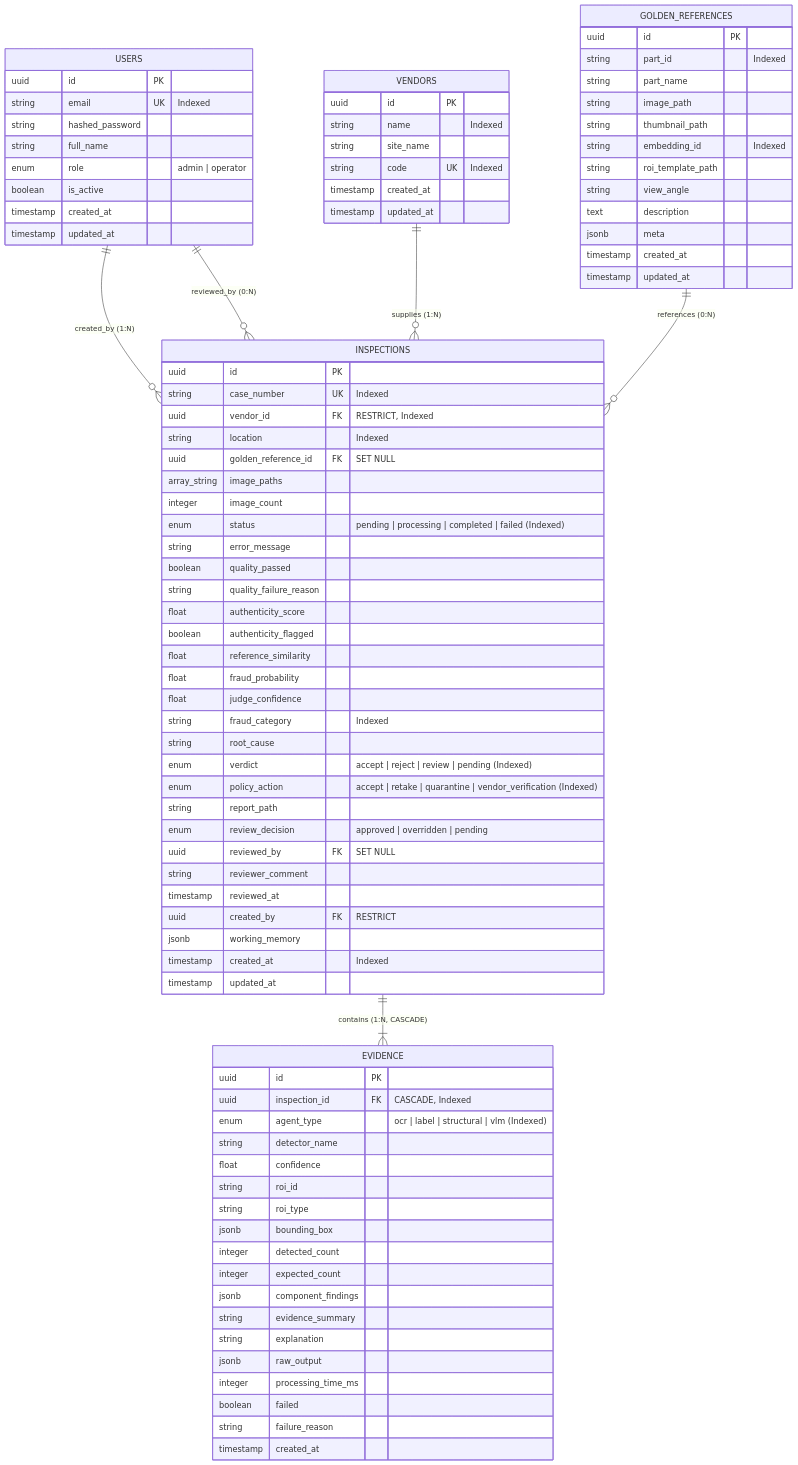
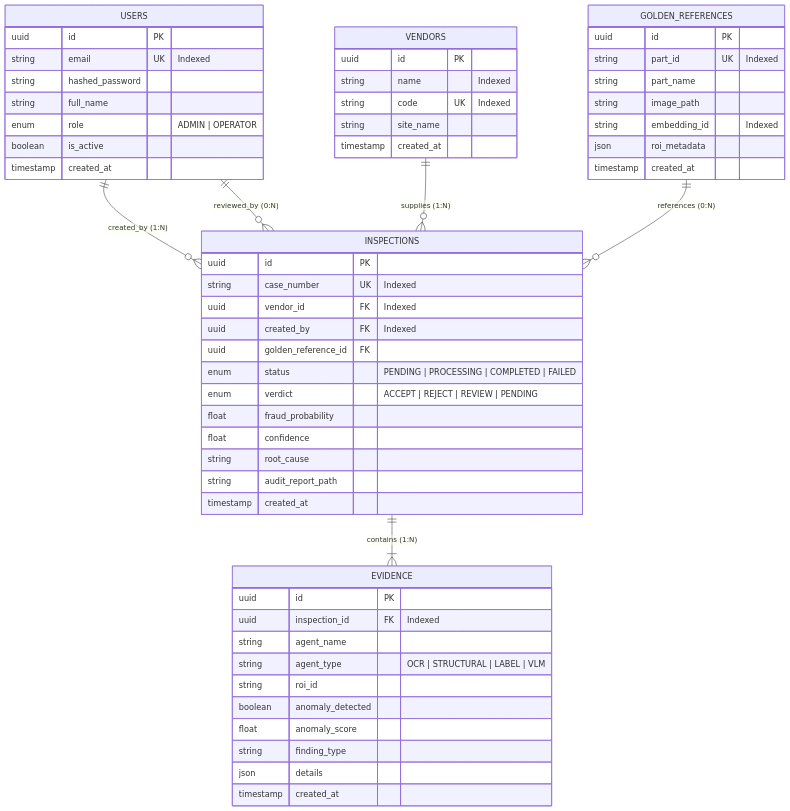
One commit to Disha-1610/VisionForge changed the second of 2 diagrams in docs/DATABASE.md. Above: the diagram before and after it, drawn with Mermaid. The commit also changed other lines of this file and 13 other files, not shown here.

````diff
--- a/docs/DATABASE.md
+++ b/docs/DATABASE.md
@@ -41,93 +62,61 @@
     USERS ||--o{ INSPECTIONS : "reviewed_by (0:N)"
     VENDORS ||--o{ INSPECTIONS : "supplies (1:N)"
     GOLDEN_REFERENCES ||--o{ INSPECTIONS : "references (0:N)"
-    INSPECTIONS ||--|{ EVIDENCE : "contains (1:N, CASCADE)"
+    INSPECTIONS ||--|{ EVIDENCE : "contains (1:N)"
 
     USERS {
         uuid id PK
         string email UK "Indexed"
         string hashed_password
         string full_name
-        enum role "admin | operator"
+        enum role "ADMIN | OPERATOR"
         boolean is_active
         timestamp created_at
-        timestamp updated_at
     }
 
     VENDORS {
         uuid id PK
         string name "Indexed"
+        string code UK "Indexed"
         string site_name
-        string code UK "Indexed"
         timestamp created_at
-        timestamp updated_at
     }
 
     GOLDEN_REFERENCES {
         uuid id PK
-        string part_id "Indexed"
+        string part_id UK "Indexed"
         string part_name
         string image_path
-        string thumbnail_path
         string embedding_id "Indexed"
-        string roi_template_path
-        string view_angle
-        text description
-        jsonb meta
+        json roi_metadata
         timestamp created_at
-        timestamp updated_at
     }
 
     INSPECTIONS {
         uuid id PK
         string case_number UK "Indexed"
-        uuid vendor_id FK "RESTRICT, Indexed"
-        string location "Indexed"
-        uuid golden_reference_id FK "SET NULL"
-        array_string image_paths
-        integer image_count
-        enum status "pending | processing | completed | failed (Indexed)"
-        string error_message
-        boolean quality_passed
-        string quality_failure_reason
-        float authenticity_score
-        boolean authenticity_flagged
-        float reference_similarity
+        uuid vendor_id FK "Indexed"
+        uuid created_by FK "Indexed"
+        uuid golden_reference_id FK
+        enum status "PENDING | PROCESSING | COMPLETED | FAILED"
+        enum verdict "ACCEPT | REJECT | REVIEW | PENDING"
         float fraud_probability
-        float judge_confidence
-        string fraud_category "Indexed"
+        float confidence
         string root_cause
-        enum verdict "accept | reject | review | pending (Indexed)"
-        enum policy_action "accept | retake | quarantine | vendor_verification (Indexed)"
-        string report_path
-        enum review_decision "approved | overridden | pending"
-        uuid reviewed_by FK "SET NULL"
-        string reviewer_comment
-        timestamp reviewed_at
-        uuid created_by FK "RESTRICT"
-        jsonb working_memory
-        timestamp created_at "Indexed"
-        timestamp updated_at
+        string audit_report_path
+        timestamp created_at
     }
 
     EVIDENCE {
         uuid id PK
-        uuid inspection_id FK "CASCADE, Indexed"
-        enum agent_type "ocr | label | structural | vlm (Indexed)"
-        string detector_name
-        float confidence
+        uuid inspection_id FK "Indexed"
+        string agent_name
+        string agent_type "OCR | STRUCTURAL | LABEL | VLM"
         string roi_id
-        string roi_type
-        jsonb bounding_box
-        integer detected_count
-        integer expected_count
-        jsonb component_findings
-        string evidence_summary
-        string explanation
-        jsonb raw_output
-        integer processing_time_ms
-        boolean failed
-        string failure_reason
+        boolean anomaly_detected
+        float anomaly_score
+        string finding_type
+        json details
         timestamp created_at
     }
 ```
````
